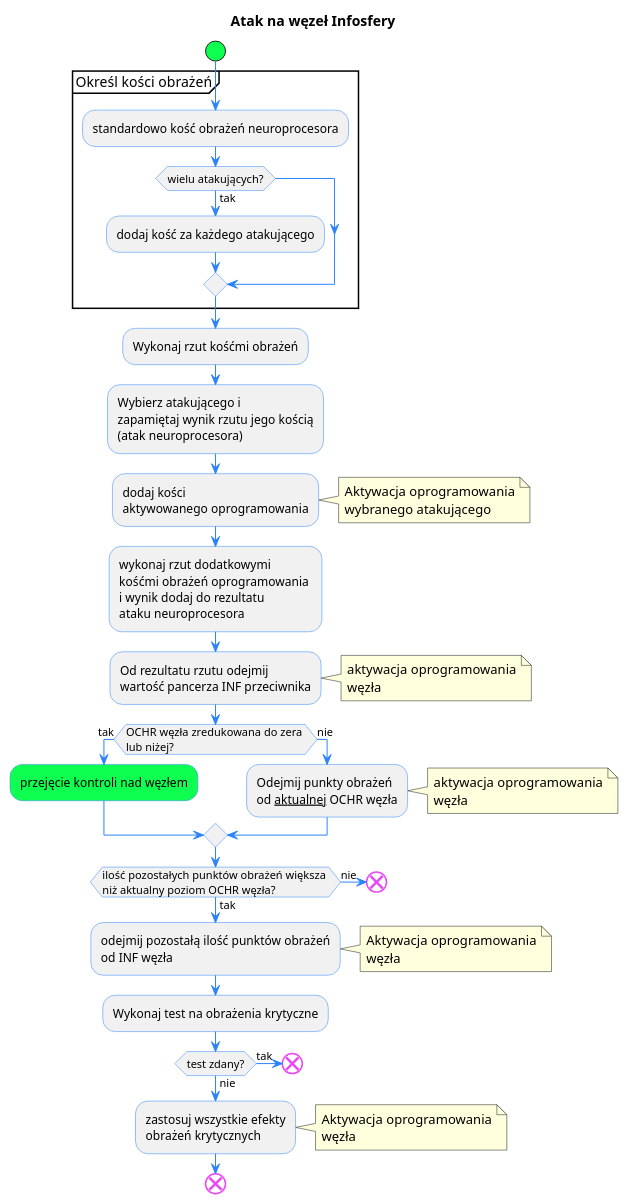
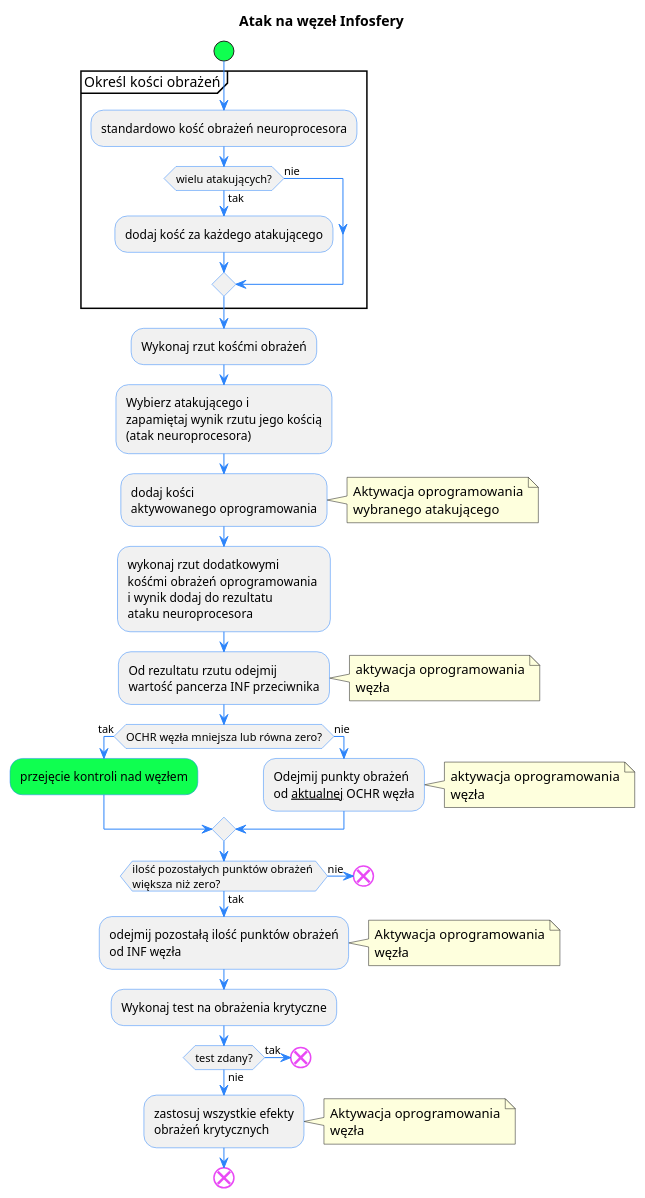
Before and after one commit to oswida/cyber: the fourth of 5 diagrams in docs/algorithms.plantuml, drawn with PlantUML. The commit also changed other lines of this file and 5 other files, not shown here.

```diff
--- a/docs/algorithms.plantuml
+++ b/docs/algorithms.plantuml
@@ -192,73 +196,73 @@
 @startuml "Atak na węzeł Infosfery"
 title "Atak na węzeł Infosfery"
 skinparam defaultFontName Oxanium
 skinparam activity {
   StartColor #0fff50
   BarColor #2c84fa
   EndColor #e949f5
   BorderColor #2c84fa
   ArrowColor #2c84fa
   FontName Oxanium
 }
 start
 group "Określ kości obrażeń" 
 :standardowo kość obrażeń neuroprocesora;
 if (wielu atakujących?) then (tak)
 :dodaj kość za każdego atakującego;
+else (nie)
 endif
 end group
 :Wykonaj rzut kośćmi obrażeń;
 :Wybierz atakującego i 
 zapamiętaj wynik rzutu jego kością
 (atak neuroprocesora);
 :dodaj kości 
 aktywowanego oprogramowania;
 note right
 Aktywacja oprogramowania
 wybranego atakującego
 endnote 
 :wykonaj rzut dodatkowymi
 kośćmi obrażeń oprogramowania 
 i wynik dodaj do rezultatu 
 ataku neuroprocesora;
 :Od rezultatu rzutu odejmij 
 wartość pancerza INF przeciwnika;
 note right
 aktywacja oprogramowania
 węzła
 endnote
-if (OCHR węzła zredukowana do zera 
-lub niżej?) then (tak)
+if (OCHR węzła mniejsza lub równa zero?) then (tak)
 #0fff50 :przejęcie kontroli nad węzłem;
 else (nie)
- :Odejmij punkty obrażeń 
- od __aktualnej__ OCHR węzła;
- note right
+  :Odejmij punkty obrażeń 
+  od __aktualnej__ OCHR węzła;
+note right
  aktywacja oprogramowania
  węzła
- endnote
+endnote
 endif
-if (ilość pozostałych punktów obrażeń większa 
-niż aktualny poziom OCHR węzła?) then (tak)
+if (ilość pozostałych punktów obrażeń 
+większa niż zero?) then (tak)
 :odejmij pozostałą ilość punktów obrażeń 
 od INF węzła;
 note right
 Aktywacja oprogramowania
 węzła
 endnote
 :Wykonaj test na obrażenia krytyczne;
 if (test zdany?) then (tak)
   end
 else (nie)
   :zastosuj wszystkie efekty 
   obrażeń krytycznych;
   note right
   Aktywacja oprogramowania
   węzła
   endnote
 endif
 else (nie)
  end
 endif
 end
 @enduml
```
